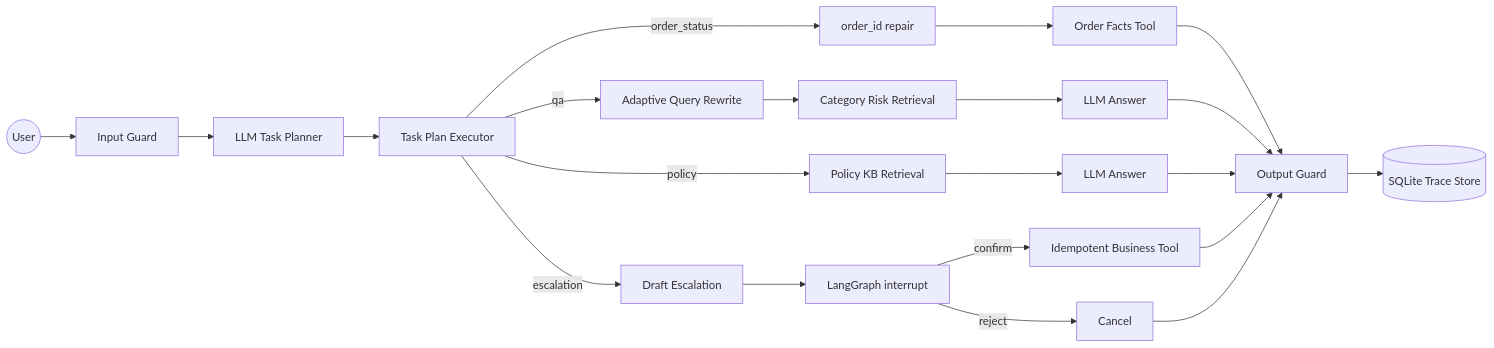
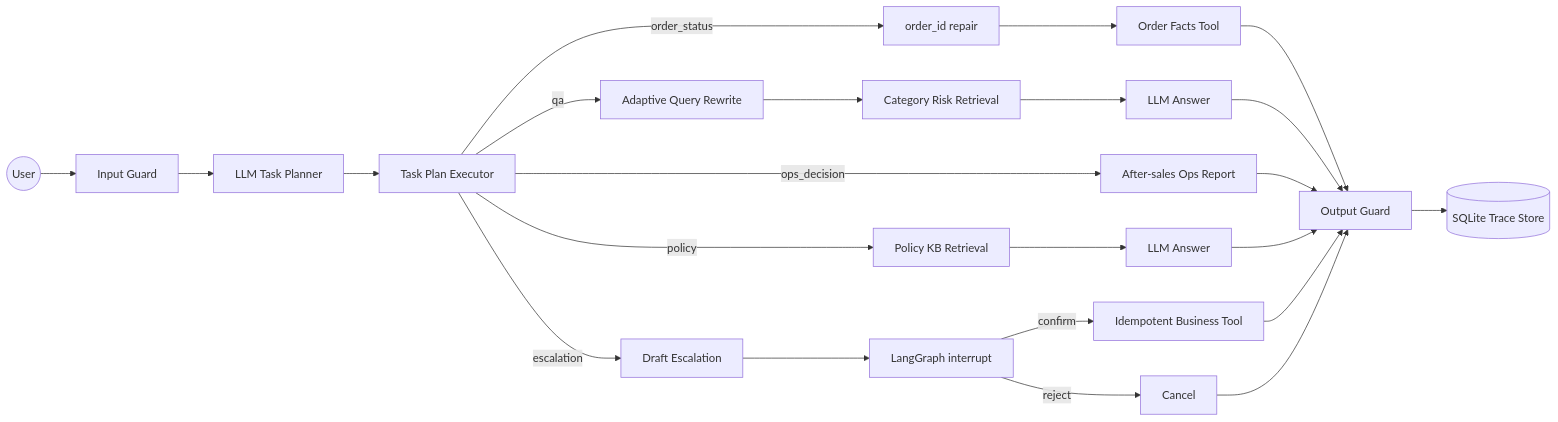
One commit to bigfish-emily/commerce-support-agent changed the diagram in README.md. Above: the diagram before and after it, drawn with Mermaid. The commit also changed other lines of this file and 17 other files, not shown here.

Commit message:
add-after-sales-ops-decision-workflow

````diff
--- a/README.md
+++ b/README.md
@@ -113,28 +114,31 @@
 ```mermaid
 flowchart LR
     Start((User)) --> Guard[Input Guard]
     Guard --> Planner[LLM Task Planner]
 
     Planner --> Executor[Task Plan Executor]
     Executor -- order_status --> Repair[order_id repair]
     Repair --> OrderTool[Order Facts Tool]
     OrderTool --> Output[Output Guard]
 
     Executor -- qa --> Rewrite[Adaptive Query Rewrite]
     Rewrite --> CatRag[Category Risk Retrieval]
     CatRag --> QaLLM[LLM Answer]
     QaLLM --> Output
 
+    Executor -- ops_decision --> OpsReport[After-sales Ops Report]
+    OpsReport --> Output
+
     Executor -- policy --> PolicyRag[Policy KB Retrieval]
     PolicyRag --> PolicyLLM[LLM Answer]
     PolicyLLM --> Output
 
     Executor -- escalation --> Draft[Draft Escalation]
     Draft --> HITL[LangGraph interrupt]
     HITL -- confirm --> CaseTool[Idempotent Business Tool]
     HITL -- reject --> Cancel[Cancel]
     CaseTool --> Output
     Cancel --> Output
 
     Output --> Trace[(SQLite Trace Store)]
 ```
````
